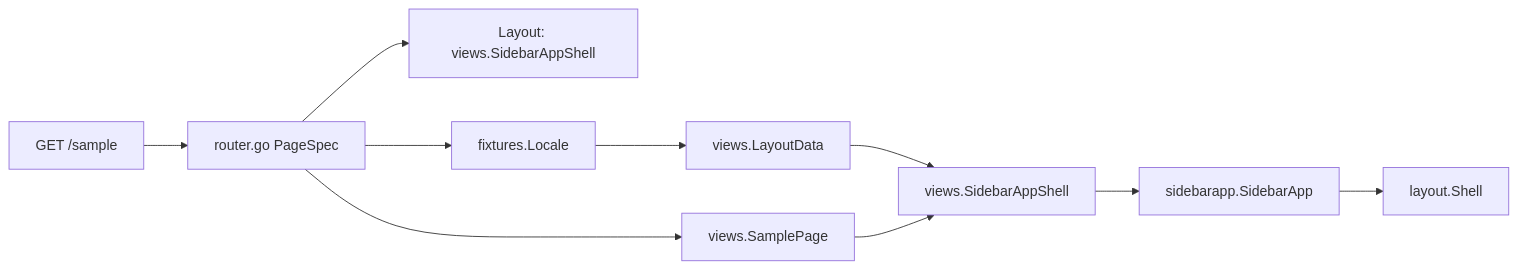
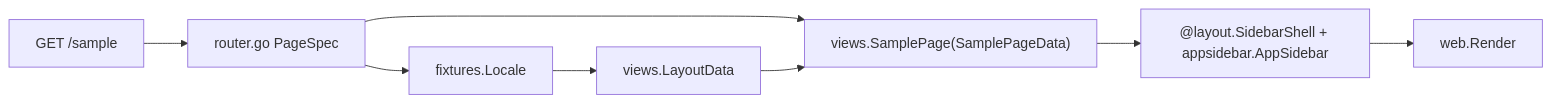
The diagram in docs/for-react-devs.md (fastygo/blank), drawn with Mermaid before and after one commit. The commit also changed other lines of this file and 48 other files, not shown here.

````diff
--- a/docs/for-react-devs.md
+++ b/docs/for-react-devs.md
@@ -59,12 +64,10 @@
 ```mermaid
 flowchart LR
   request["GET /sample"] --> pageSpec["router.go PageSpec"]
-  pageSpec --> layoutLine["Layout: views.SidebarAppShell"]
   pageSpec --> locale["fixtures.Locale"]
   locale --> layoutData["views.LayoutData"]
-  pageSpec --> body["views.SamplePage"]
-  layoutData --> routeShell["views.SidebarAppShell"]
-  body --> routeShell
-  routeShell --> registryBlock["sidebarapp.SidebarApp"]
-  registryBlock --> documentShell["layout.Shell"]
+  pageSpec --> body["views.SamplePage(SamplePageData)"]
+  layoutData --> body
+  body --> shell["@layout.SidebarShell + appsidebar.AppSidebar"]
+  shell --> render["web.Render"]
 ```
````
